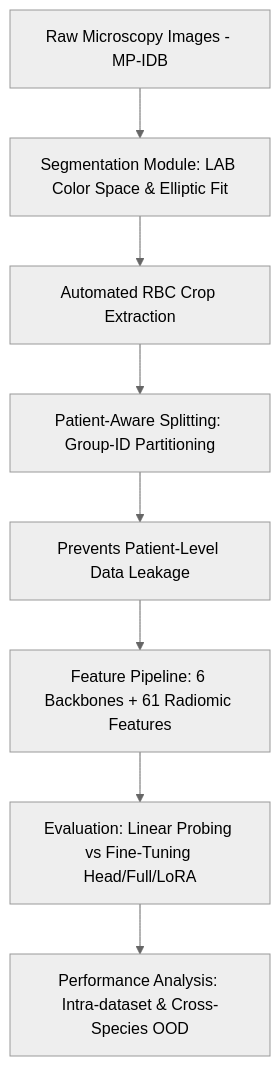
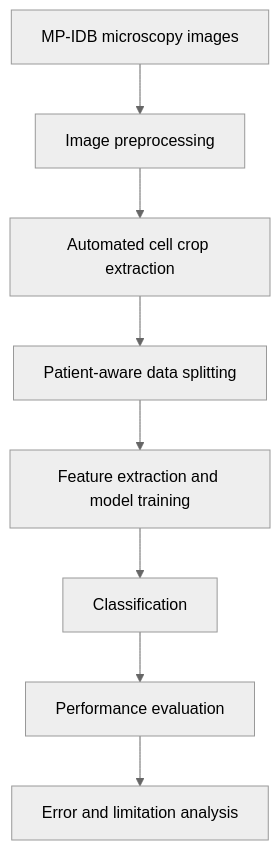
Before and after one commit to leonardomelis20/malaria-detection-pipeline: the diagram in README.md, drawn with Mermaid (neutral theme). The commit also changed other lines of this file, not shown here.

````diff
--- a/README.md
+++ b/README.md
@@ -41,10 +31,10 @@
 ```mermaid
-graph TD
-    A[Raw Microscopy Images - MP-IDB] --> B[Segmentation Module: LAB Color Space & Elliptic Fit]
-    B --> C[Automated RBC Crop Extraction]
-    C --> D[Patient-Aware Splitting: Group-ID Partitioning]
-    D --> E[Prevents Patient-Level Data Leakage]
-    E --> F[Feature Pipeline: 6 Backbones + 61 Radiomic Features]
-    F --> G[Evaluation: Linear Probing vs Fine-Tuning Head/Full/LoRA]
-    G --> H[Performance Analysis: Intra-dataset & Cross-Species OOD]
+flowchart TD
+    A["MP-IDB microscopy images"] --> B["Image preprocessing"]
+    B --> C["Automated cell crop extraction"]
+    C --> D["Patient-aware data splitting"]
+    D --> E["Feature extraction and model training"]
+    E --> F["Classification"]
+    F --> G["Performance evaluation"]
+    G --> H["Error and limitation analysis"]
 ```
````
